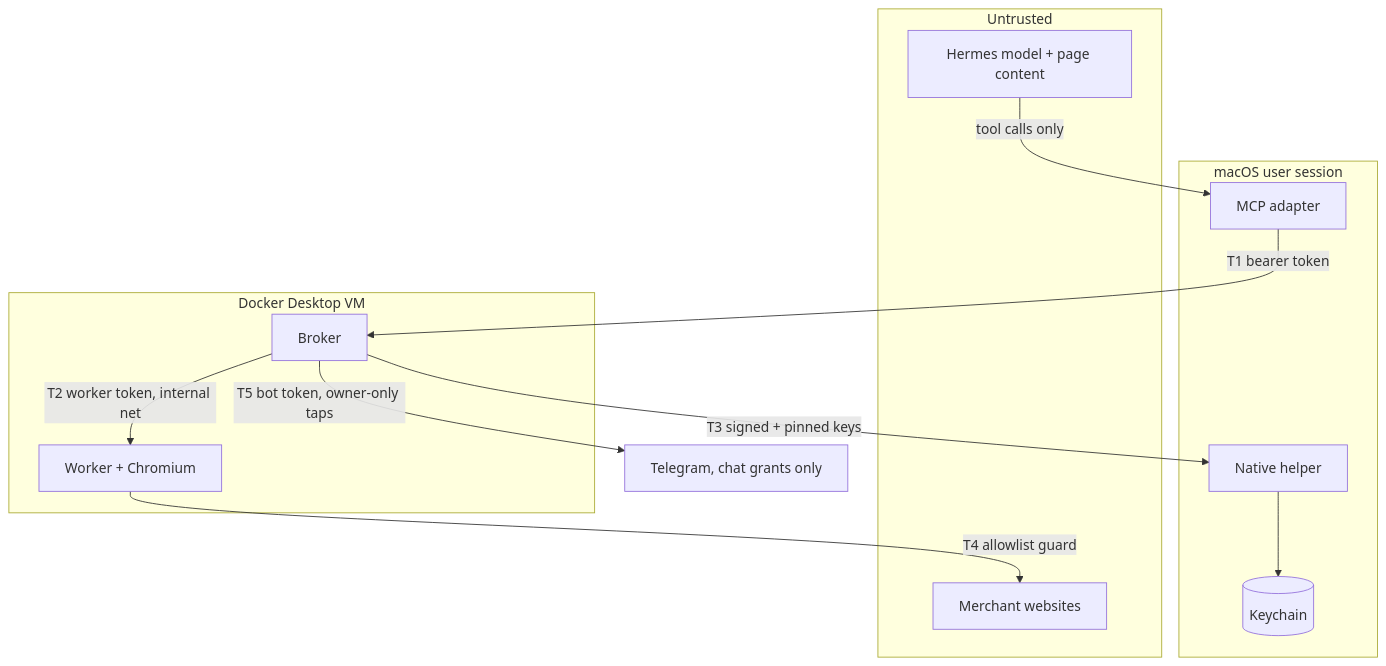
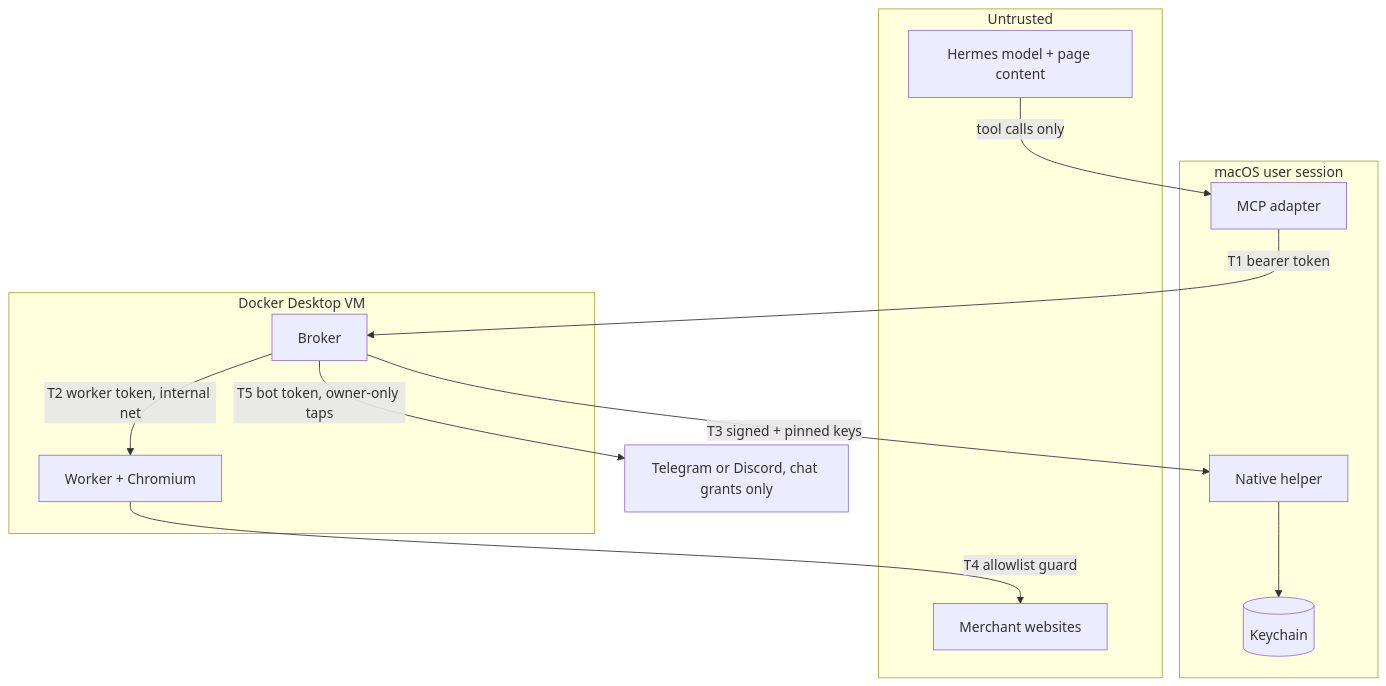
The first of 5 diagrams in docs/architecture.md (wezzcoetzee/hermes-password-manager), drawn with Mermaid before and after one commit. The commit also changed other lines of this file and 22 other files, not shown here.

First line of the commit message:
feat: Discord as a chat approval channel

````diff
--- a/docs/architecture.md
+++ b/docs/architecture.md
@@ -18,23 +18,23 @@
 ```mermaid
 flowchart TB
   subgraph U[Untrusted]
     M[Hermes model + page content]
     WEB[Merchant websites]
   end
   subgraph HOST[macOS user session]
     AD[MCP adapter]
     HP[Native helper]
     KC[(Keychain)]
   end
   subgraph VM[Docker Desktop VM]
     BR[Broker]
     WK[Worker + Chromium]
   end
   M -- tool calls only --> AD
   AD -- "T1 bearer token" --> BR
   BR -- "T2 worker token, internal net" --> WK
   BR -- "T3 signed + pinned keys" --> HP
   HP --> KC
   WK -- "T4 allowlist guard" --> WEB
-  BR -- "T5 bot token, owner-only taps" --> TG[Telegram, chat grants only]
+  BR -- "T5 bot token, owner-only taps" --> TG[Telegram or Discord, chat grants only]
 ```
````
